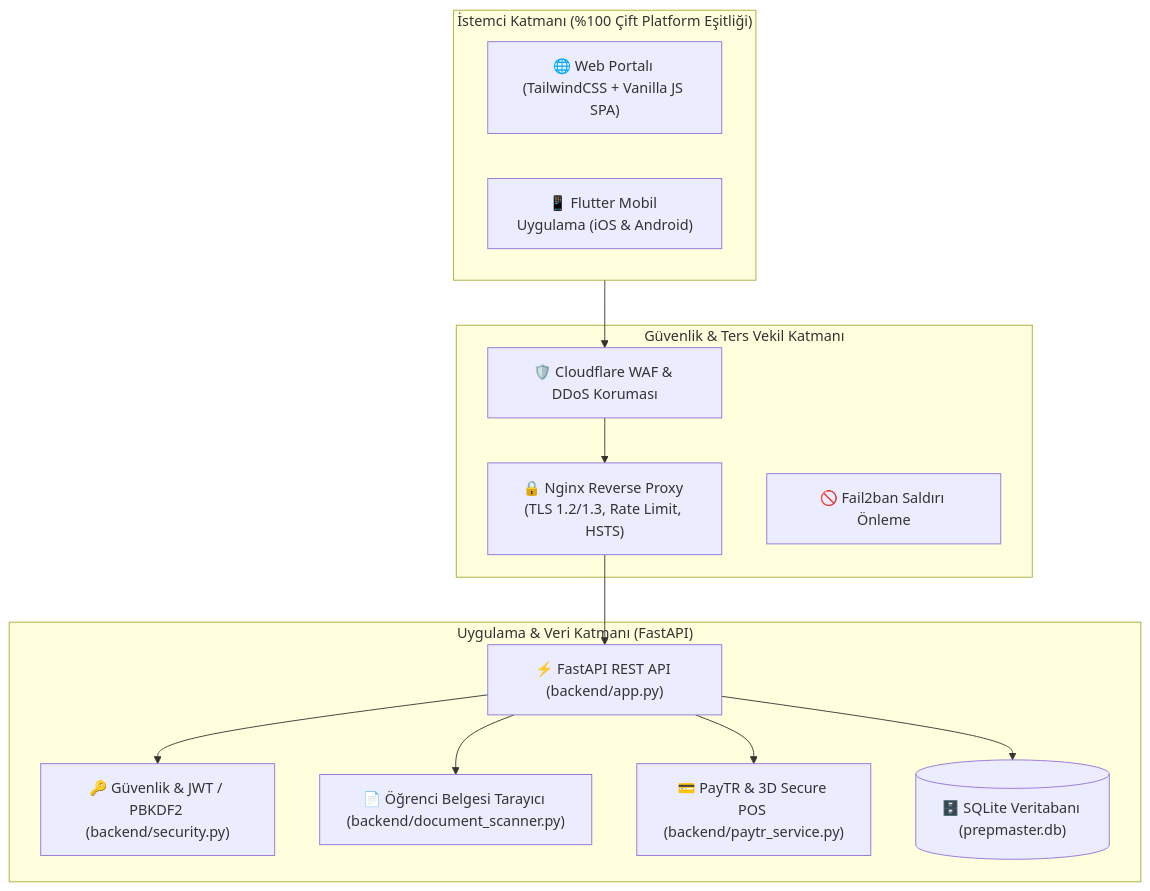
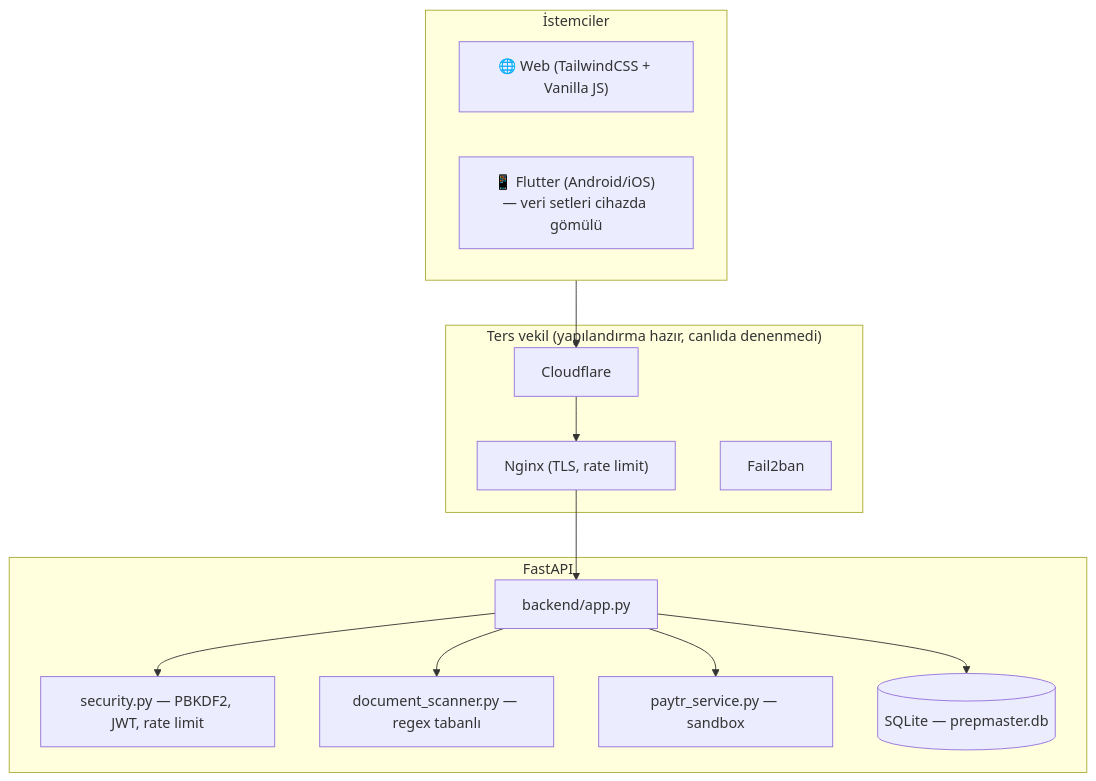
One commit to hsn56hasan/PrepMaster changed the diagram in PROJE_OZETI.md. Above: the diagram before and after it, drawn with Mermaid. The commit also changed other lines of this file and 3 other files, not shown here.

````diff
--- a/PROJE_OZETI.md
+++ b/PROJE_OZETI.md
@@ -34,24 +53,24 @@
 ```mermaid
 flowchart TB
-    subgraph Clients["İstemci Katmanı (%100 Çift Platform Eşitliği)"]
-        Web["🌐 Web Portalı (TailwindCSS + Vanilla JS SPA)"]
-        Mobile["📱 Flutter Mobil Uygulama (iOS & Android)"]
+    subgraph Clients["İstemciler"]
+        Web["🌐 Web (TailwindCSS + Vanilla JS)"]
+        Mobile["📱 Flutter (Android/iOS) — veri setleri cihazda gömülü"]
     end
 
-    subgraph Edge["Güvenlik & Ters Vekil Katmanı"]
-        CF["🛡️ Cloudflare WAF & DDoS Koruması"]
-        Nginx["🔒 Nginx Reverse Proxy (TLS 1.2/1.3, Rate Limit, HSTS)"]
-        F2B["🚫 Fail2ban Saldırı Önleme"]
+    subgraph Edge["Ters vekil (yapılandırma hazır, canlıda denenmedi)"]
+        CF["Cloudflare"]
+        Nginx["Nginx (TLS, rate limit)"]
+        F2B["Fail2ban"]
     end
 
-    subgraph Backend["Uygulama & Veri Katmanı (FastAPI)"]
-        API["⚡ FastAPI REST API (backend/app.py)"]
-        Sec["🔑 Güvenlik & JWT / PBKDF2 (backend/security.py)"]
-        Scan["📄 Öğrenci Belgesi Tarayıcı (backend/document_scanner.py)"]
-        Pay["💳 PayTR & 3D Secure POS (backend/paytr_service.py)"]
-        DB[("🗄️ SQLite Veritabanı (prepmaster.db)")]
+    subgraph Backend["FastAPI"]
+        API["backend/app.py"]
+        Sec["security.py — PBKDF2, JWT, rate limit"]
+        Scan["document_scanner.py — regex tabanlı"]
+        Pay["paytr_service.py — sandbox"]
+        DB[("SQLite — prepmaster.db")]
     end
 
     Clients --> CF --> Nginx --> API
     API --> Sec & Scan & Pay & DB
 ```
````
